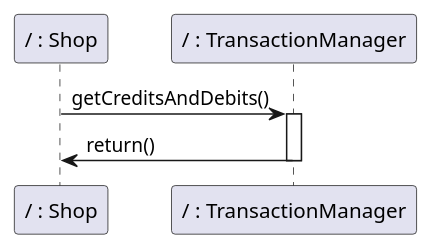
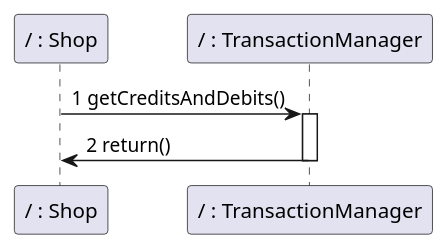
One commit to nicolabattaglino/ezshop changed diagram 12 of 14 in Deliverables/DesignDocument.md. Above: the diagram before and after it, drawn with PlantUML. The commit also changed other lines of this file, not shown here.

````diff
--- a/Deliverables/DesignDocument.md
+++ b/Deliverables/DesignDocument.md
@@ -671,11 +671,11 @@
 ```plantuml
 @startuml
 
 participant "/ : Shop" as Shop
 participant "/ : TransactionManager" as TransactionManager
-Shop -> TransactionManager: getCreditsAndDebits()
+Shop -> TransactionManager:1 getCreditsAndDebits()
 activate TransactionManager
-TransactionManager  -> Shop: return()
+TransactionManager  -> Shop:2 return()
 deactivate TransactionManager 
 @enduml
 ```
````
